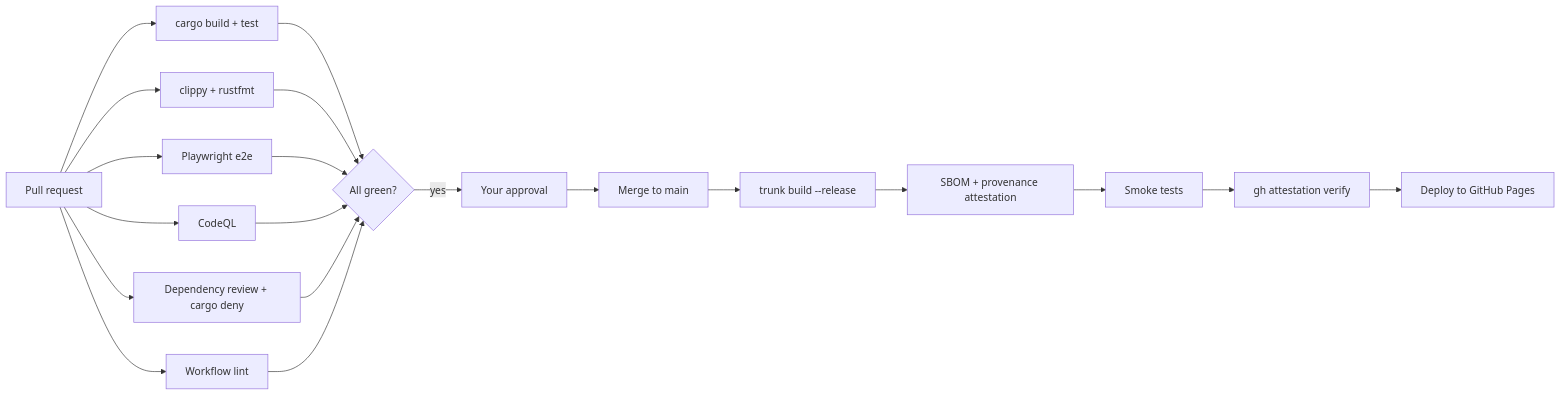
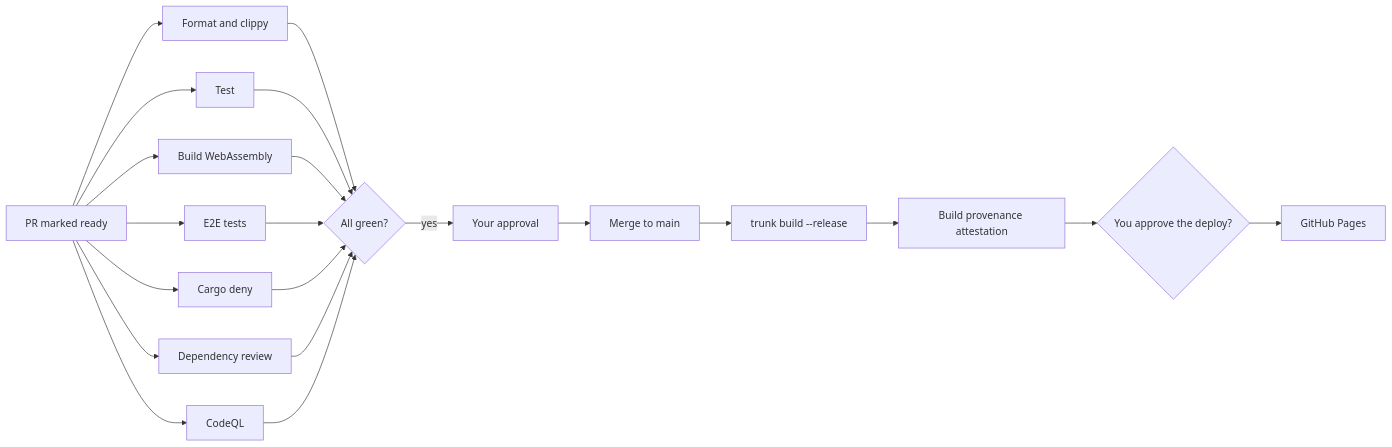
One commit to andyhutch77/velocity-generator-rs changed the third of 3 diagrams in README.md. Above: the diagram before and after it, drawn with Mermaid. The commit also changed other lines of this file and 5 other files, not shown here.

````diff
--- a/README.md
+++ b/README.md
@@ -139,17 +125,17 @@
 ```mermaid
 flowchart LR
-    PR[Pull request] --> B[cargo build + test]
-    PR --> L[clippy + rustfmt]
-    PR --> E2E[Playwright e2e]
+    PR[PR marked ready] --> L[Format and clippy]
+    PR --> T[Test]
+    PR --> W[Build WebAssembly]
+    PR --> E[E2E tests]
+    PR --> CD[Cargo deny]
+    PR --> DR[Dependency review]
     PR --> CQ[CodeQL]
-    PR --> DR[Dependency review + cargo deny]
-    PR --> WL[Workflow lint]
-    B & L & E2E & CQ & DR & WL --> OK{All green?}
-    OK -- yes --> APPROVE[Your approval]
-    APPROVE --> MERGE[Merge to main]
-    MERGE --> BUILD[trunk build --release]
-    BUILD --> SBOM[SBOM + provenance attestation]
-    SBOM --> SMOKE[Smoke tests]
-    SMOKE --> VERIFY[gh attestation verify]
-    VERIFY --> PAGES[Deploy to GitHub Pages]
+    L & T & W & E & CD & DR & CQ --> OK{All green?}
+    OK -- yes --> AP[Your approval]
+    AP --> M[Merge to main]
+    M --> B[trunk build --release]
+    B --> AT[Build provenance attestation]
+    AT --> G{You approve the deploy?}
+    G --> PAGES[GitHub Pages]
 ```
````
